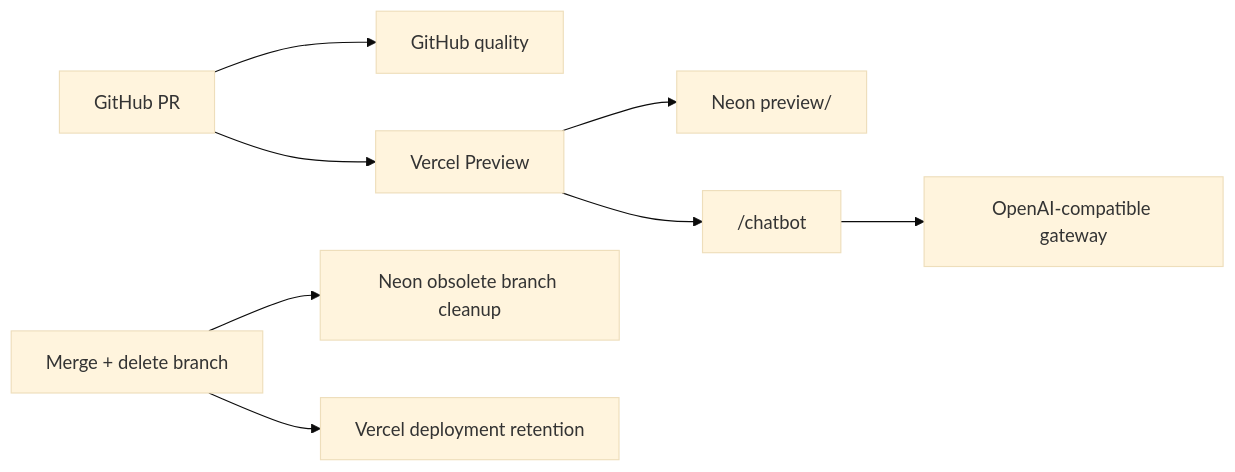
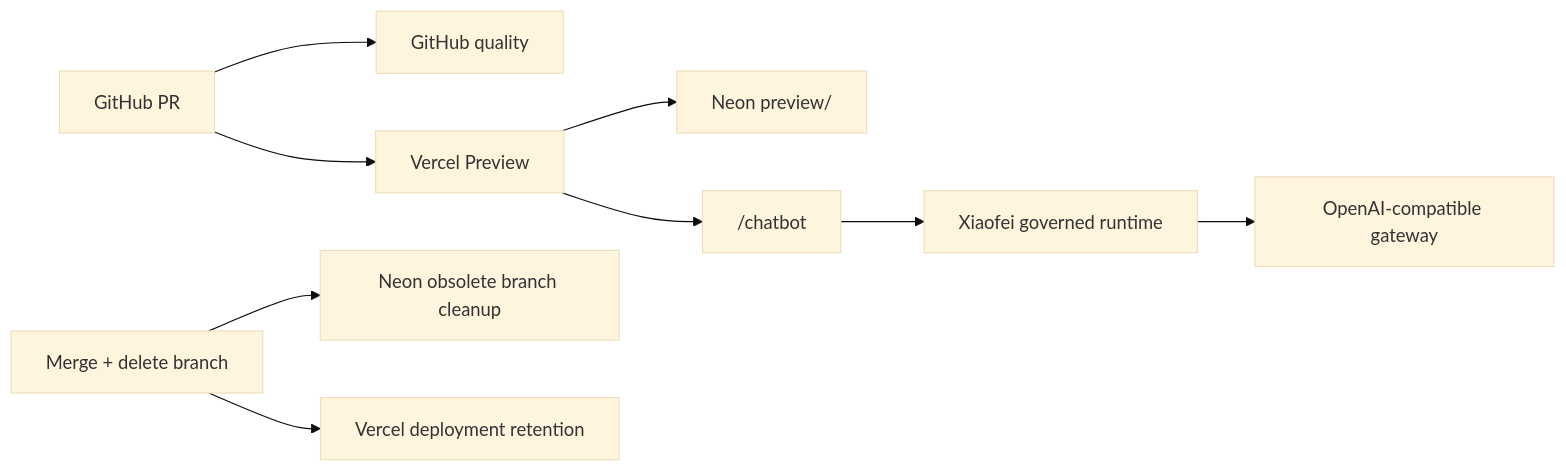
Before and after one commit to pjxkqc/xiaofei: the diagram in docs/pr-preview-setup.md, drawn with Mermaid (base theme). The commit also changed other lines of this file and 57 other files, not shown here.

````diff
--- a/docs/pr-preview-setup.md
+++ b/docs/pr-preview-setup.md
@@ -28,10 +28,11 @@
 ```mermaid
 flowchart LR
   PR["GitHub PR"] --> CI["GitHub quality"]
   PR --> VP["Vercel Preview"]
   VP --> NB["Neon preview/<branch>"]
   VP --> CHAT["/chatbot"]
-  CHAT --> AI["OpenAI-compatible gateway"]
+  CHAT --> RT["Xiaofei governed runtime"]
+  RT --> AI["OpenAI-compatible gateway"]
   MERGE["Merge + delete branch"] --> CLEAN["Neon obsolete branch cleanup"]
   MERGE --> RETAIN["Vercel deployment retention"]
 ```
````
